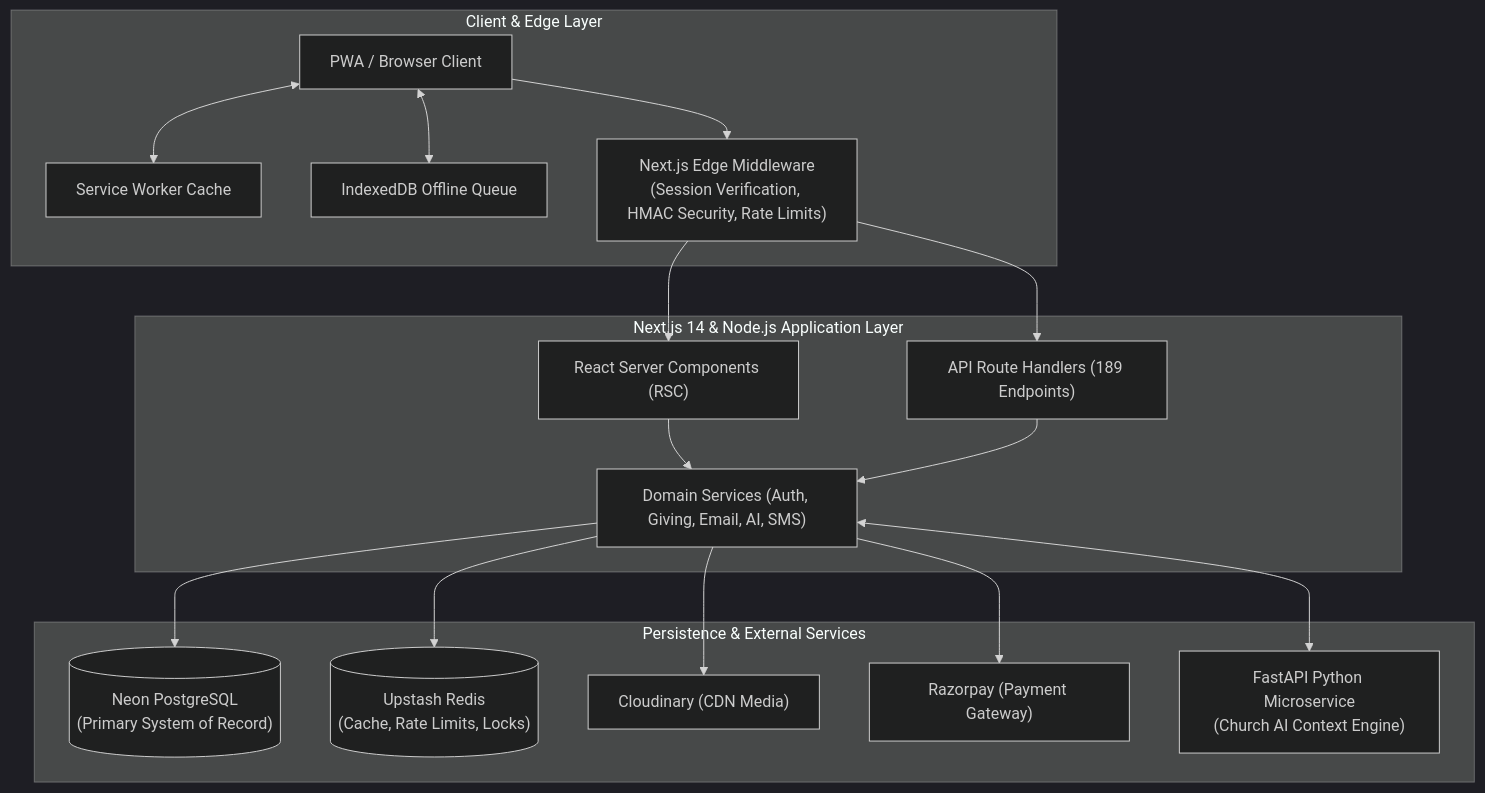
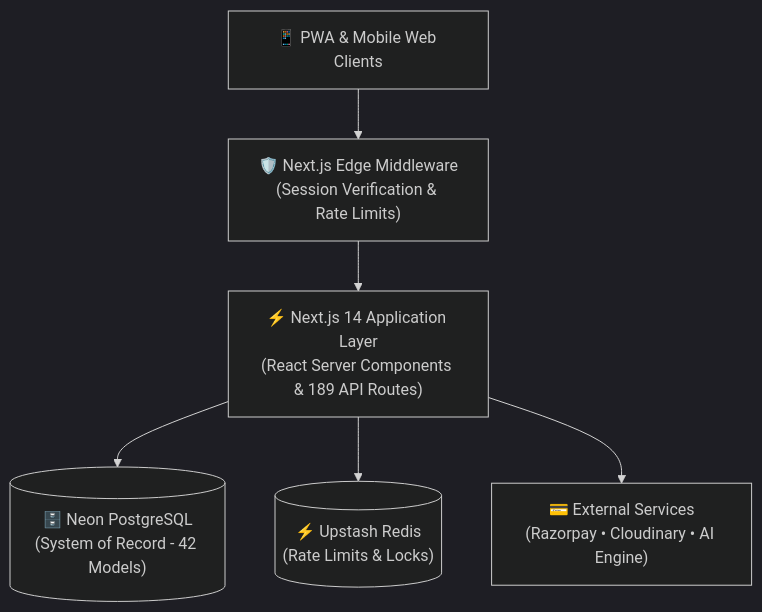
Before and after one commit to bunnyvalluri/church-: the diagram in README.md, drawn with Mermaid (dark theme). The commit also changed other lines of this file, not shown here.

Commit message:
docs: optimize README layout for mobile responsiveness and GitHub app view

````diff
--- a/README.md
+++ b/README.md
@@ -65,36 +71,15 @@
 ```mermaid
-flowchart TB
-    subgraph Client ["Client & Edge Layer"]
-        PWA["PWA / Browser Client"]
-        SW["Service Worker Cache"]
-        IDB["IndexedDB Offline Queue"]
-        Edge["Next.js Edge Middleware\n(Session Verification, HMAC Security, Rate Limits)"]
-    end
+flowchart TD
+    Client["📱 PWA & Mobile Web Clients"]
+    Edge["🛡️ Next.js Edge Middleware<br/>(Session Verification & Rate Limits)"]
+    App["⚡ Next.js 14 Application Layer<br/>(React Server Components & 189 API Routes)"]
+    DB[("🗄️ Neon PostgreSQL<br/>(System of Record - 42 Models)")]
+    Cache[("⚡ Upstash Redis<br/>(Rate Limits & Locks)")]
+    Ext["💳 External Services<br/>(Razorpay • Cloudinary • AI Engine)"]
 
-    subgraph AppServer ["Next.js 14 & Node.js Application Layer"]
-        RSC["React Server Components (RSC)"]
-        Routes["API Route Handlers (189 Endpoints)"]
-        Services["Domain Services (Auth, Giving, Email, AI, SMS)"]
-    end
-
-    subgraph Persistence ["Persistence & External Services"]
-        PG[("Neon PostgreSQL\n(Primary System of Record)")]
-        Redis[("Upstash Redis\n(Cache, Rate Limits, Locks)")]
-        Cloudinary["Cloudinary (CDN Media)"]
-        Razorpay["Razorpay (Payment Gateway)"]
-        FastAPI["FastAPI Python Microservice\n(Church AI Context Engine)"]
-    end
-
-    PWA --> Edge
-    PWA <--> SW
-    PWA <--> IDB
-    Edge --> RSC
-    Edge --> Routes
-    RSC --> Services
-    Routes --> Services
-    Services --> PG
-    Services --> Redis
-    Services --> Cloudinary
-    Services --> Razorpay
-    Services <--> FastAPI
+    Client --> Edge
+    Edge --> App
+    App --> DB
+    App --> Cache
+    App --> Ext
 ```
````
